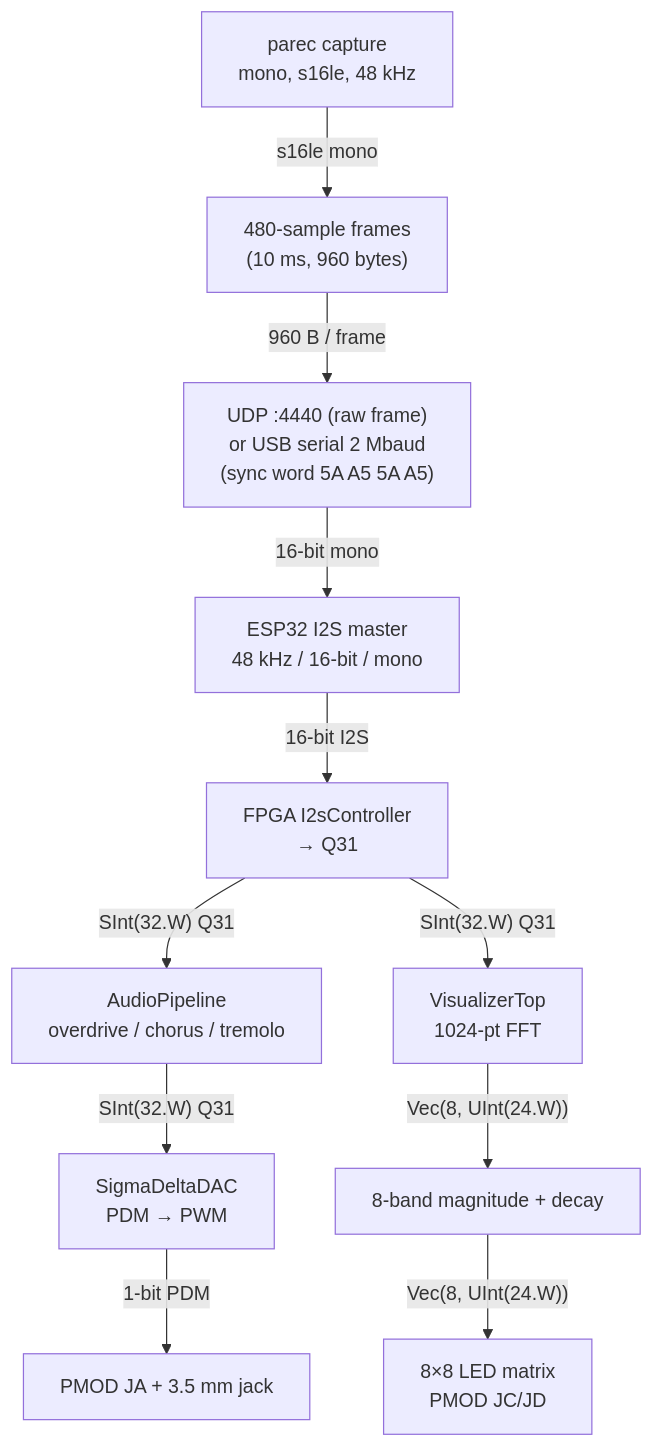
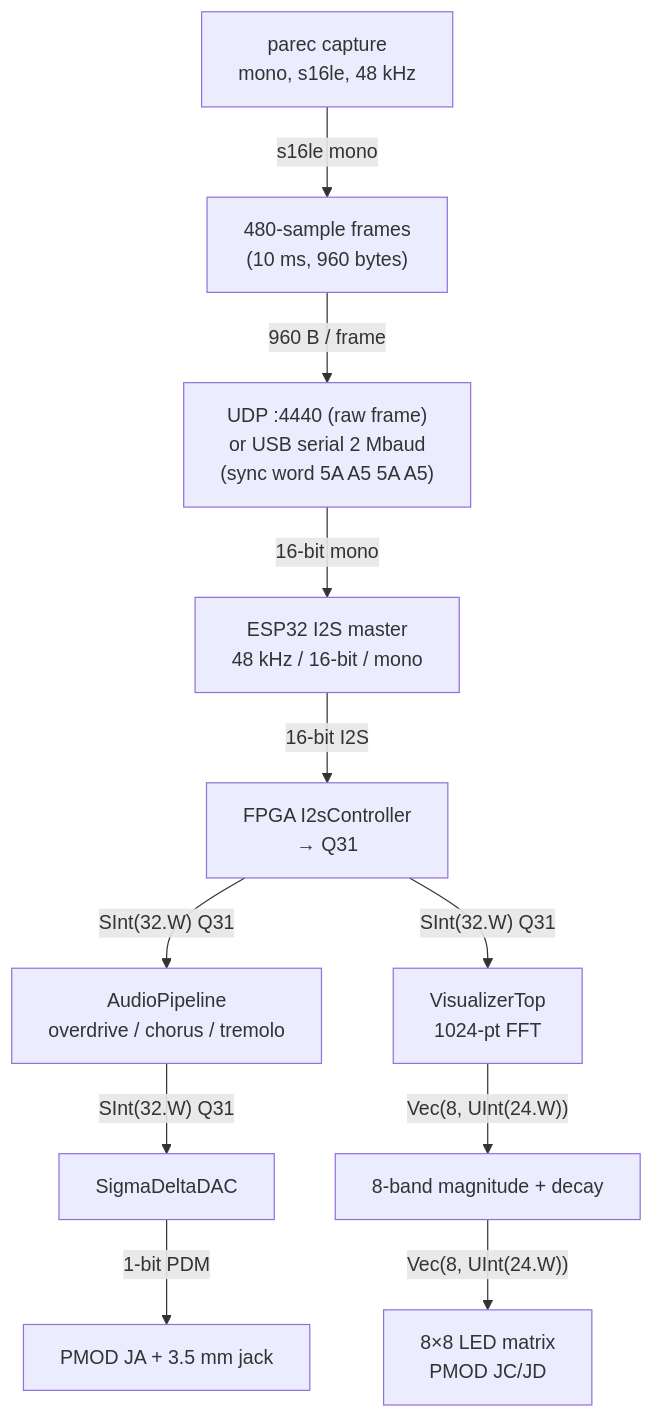
One commit to mairup/fpga-accelerated-audio-player changed the diagram in README.md. Above: the diagram before and after it, drawn with Mermaid. The commit also changed other lines of this file, not shown here.

Commit message:
docs: fix SigmaDeltaDAC label — it outputs PDM, not PWM
The phase-accumulator carry-out is a pulse-density stream; 'PWM' was
inherited from the misleading io.pwmOut pin name.

````diff
--- a/README.md
+++ b/README.md
@@ -17,13 +17,13 @@
 ```mermaid
 flowchart TD
   A["parec capture<br/>mono, s16le, 48 kHz"] -- "s16le mono" --> B["480-sample frames<br/>(10 ms, 960 bytes)"]
   B -- "960 B / frame" --> C["UDP :4440 (raw frame)<br/>or USB serial 2 Mbaud<br/>(sync word 5A A5 5A A5)"]
   C -- "16-bit mono" --> D["ESP32 I2S master<br/>48 kHz / 16-bit / mono"]
   D -- "16-bit I2S" --> E["FPGA I2sController<br/>→ Q31"]
   E -- "SInt(32.W) Q31" --> F["AudioPipeline<br/>overdrive / chorus / tremolo"]
   E -- "SInt(32.W) Q31" --> G["VisualizerTop<br/>1024-pt FFT"]
-  F -- "SInt(32.W) Q31" --> H["SigmaDeltaDAC<br/>PDM → PWM"]
+  F -- "SInt(32.W) Q31" --> H["SigmaDeltaDAC"]
   G -- "Vec(8, UInt(24.W))" --> I["8-band magnitude + decay"]
   H -- "1-bit PDM" --> J["PMOD JA + 3.5 mm jack"]
   I -- "Vec(8, UInt(24.W))" --> K["8×8 LED matrix<br/>PMOD JC/JD"]
 ```
````
